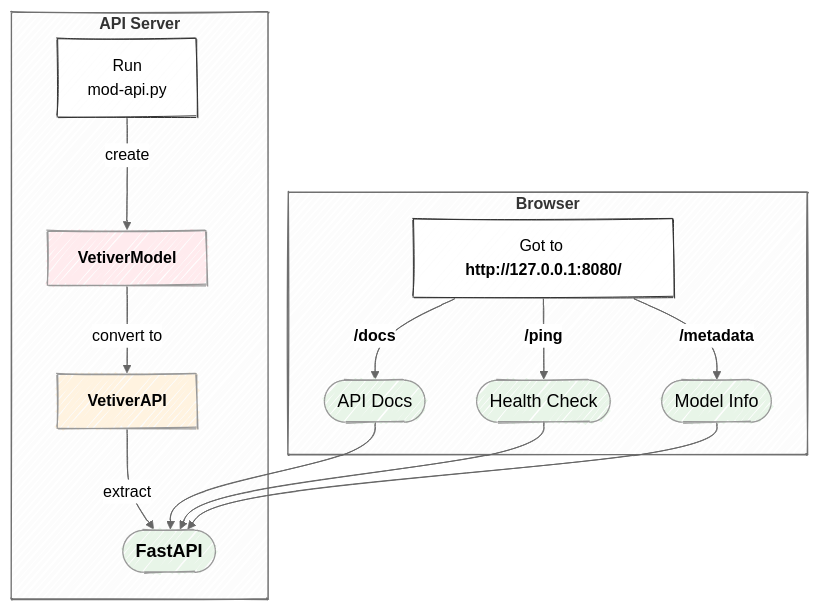
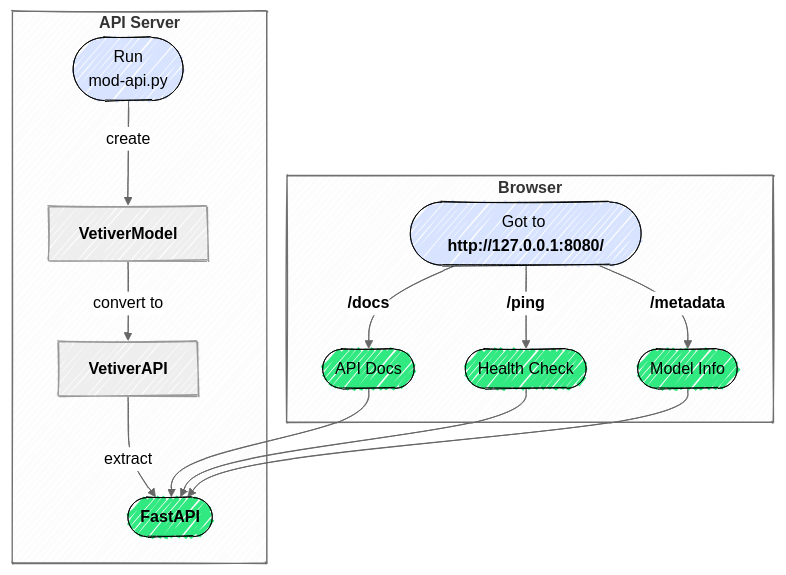
The first of 7 diagrams in py-app-api.qmd (mjfrigaard/do4ds-labs), drawn with Mermaid before and after one commit. The commit also changed other lines of this file and 38 other files, not shown here.

````diff
--- a/py-app-api.qmd
+++ b/py-app-api.qmd
@@ -43,42 +43,30 @@
 ```{mermaid}
 %%| fig-cap: 'Vetiver API creation'
 %%| fig-align: center
 %%{init: {'theme': 'neutral', 'look': 'handDrawn', 'themeVariables': { 'fontFamily': 'monospace'}}}%%
+
 graph TD
     subgraph T1["<strong>API Server</strong>"]
-        RunApi["Run<br>mod-api.py"] --"create"--> VetMod["<strong>VetiverModel</strong>"]
+        RunApi(["Run<br>mod-api.py"]) --"create"--> VetMod["<strong>VetiverModel</strong>"]
         VetMod --"convert to"--> VetAPI["<strong>VetiverAPI</strong>"]
         VetAPI --"extract"--> FastAPI(["<strong>FastAPI</strong>"])
     end
     
+    style RunApi fill:#d8e4ff,color:#000,stroke:#000,stroke-width:1px,rx:20,ry:20,font-size:16px 
+    
    subgraph Browse["<strong>Browser</strong>"]
-        Http["`Got to <strong>http://</strong><strong>127.0.0.1:8080/</strong>`"] --"<strong>/docs</strong>"--> Docs(["API Docs"])
+        Http(["`Got to <strong>http://</strong><strong>127.0.0.1:8080/</strong>`"]) --"<strong>/docs</strong>"--> Docs(["API Docs"])
         Http --"<strong>/ping</strong>"--> Health(["Health Check"])
         Http --"<strong>/metadata</strong>"--> Info(["Model Info"])
         Docs & Health & Info --> FastAPI
     end
 
-    style Http fill:#FFF,color:#000,stroke:#333,stroke-width:1px,rx:20,ry:20,font-size:16px 
-    style RunApi fill:#FFF,color:#000,stroke:#333,stroke-width:1px,rx:20,ry:20,font-size:16px 
+    style Http fill:#d8e4ff,color:#000,stroke:#000,stroke-width:1px,rx:20,ry:20,font-size:16px 
     
-    style VetMod fill:#ffebee
-    style VetAPI fill:#fff3e0
-    
-    style FastAPI fill:#e8f5e8,font-size:18px
-    style Docs fill:#e8f5e8,font-size:18px
-    style Health fill:#e8f5e8,font-size:18px
-    style Info fill:#e8f5e8,font-size:18px
+    style FastAPI fill:#31e981,stroke:#000,stroke-width:1px,rx:20,ry:20,font-size:16px 
+    style Docs fill:#31e981,stroke:#000,stroke-width:1px,rx:20,ry:20,font-size:16px 
+    style Health fill:#31e981,stroke:#000,stroke-width:1px,rx:20,ry:20,font-size:16px 
+    style Info fill:#31e981,stroke:#000,stroke-width:1px,rx:20,ry:20,font-size:16px 
 
-    %% subgraphs
-    %% style Function fill:#FFF,color:#000,stroke:#333,font-size:14px %%
-    %% style BrowserStep stroke:#4CBB9D,color:#000,stroke-width:3px,rx:10,ry:10,font-size:14px  %%
-    %% style Debugger fill:#F8F8FA,color:#000,stroke:#4CB7DB,stroke-width:3px,rx:10,ry:10,font-size:14px %%
-    
-    %% nodes 
-    %% style Running fill:#FFF,color:#000,stroke:#333,rx:10,ry:10,font-size:14px %%
-    %% style Encounter fill:#4CBB9D,color:#FFFFFF,stroke:none,rx:10,ry:10,font-size:14px %%
-    %% style Step1 fill:#4CB7DB,color:#000,stroke:none,rx:15,ry:15,font-size:14px %%
-    %% style Step2 fill:#4CB7DB,color:#000,stroke:none,rx:10,ry:10,font-size:14px %%
-    %% style ExitBrowser fill:#4CBB9D,color:#FFFFFF,stroke:none,rx:20,ry:10,font-size:14px %%
-    %% style Resume fill:#FFF,color:#000,stroke:#333,rx:10,ry:10,font-size:14px %%
+
 ```
````
